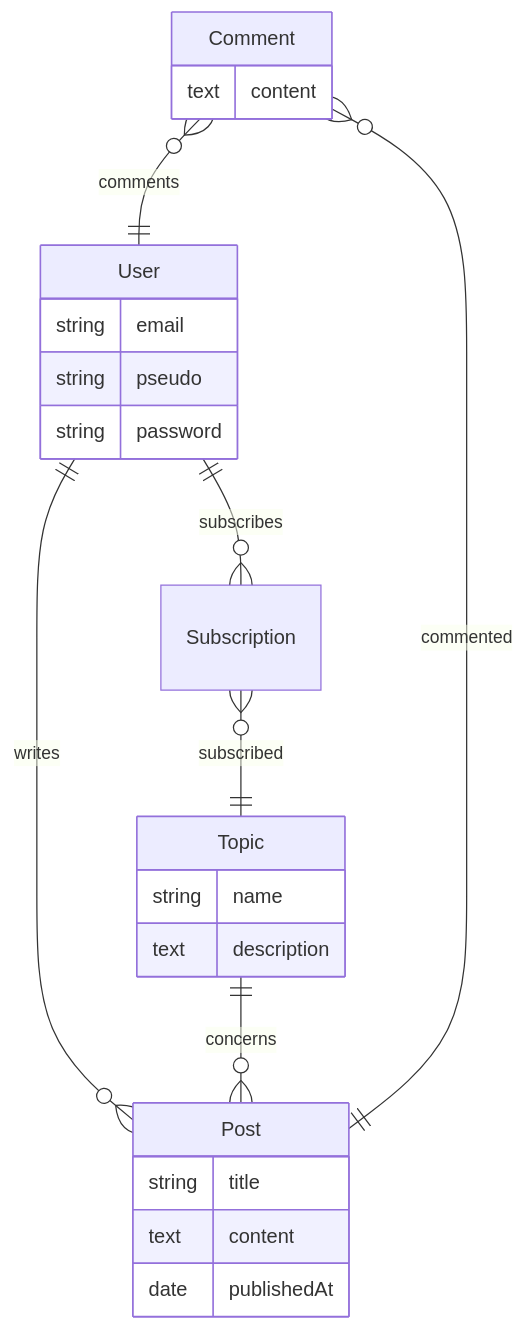
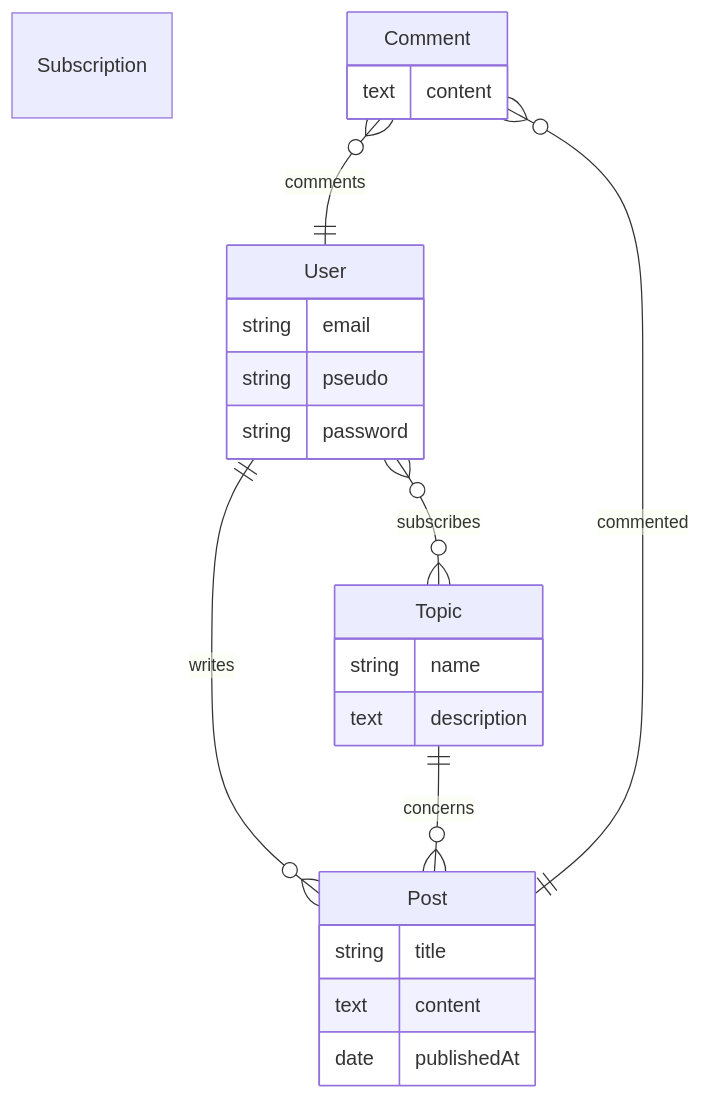
One commit to tremran/ocr-p05-monde-de-dev changed the second of 2 diagrams in docs/conception.md. Above: the diagram before and after it, drawn with Mermaid. The commit also changed other lines of this file and 5 other files, not shown here.

````diff
--- a/docs/conception.md
+++ b/docs/conception.md
@@ -132,34 +132,33 @@
 ```mermaid
 erDiagram
 
 Subscription
 
 User {
     string email
     string pseudo
     string password
 }
 
 
 Topic {
     string name
     text description
 }
 
 Post {
     string title
     text content
     date publishedAt
 }
 
 Comment {
     text content
 }
 
-User ||--o{ Subscription : subscribes
-Subscription }o--|| Topic : subscribed
+User }o--o{ Topic : subscribes
 User ||--o{ Post : writes
 Topic ||--o{ Post : concerns
 Comment }o--|| Post : commented
 Comment }o--|| User : comments
 ```
````
